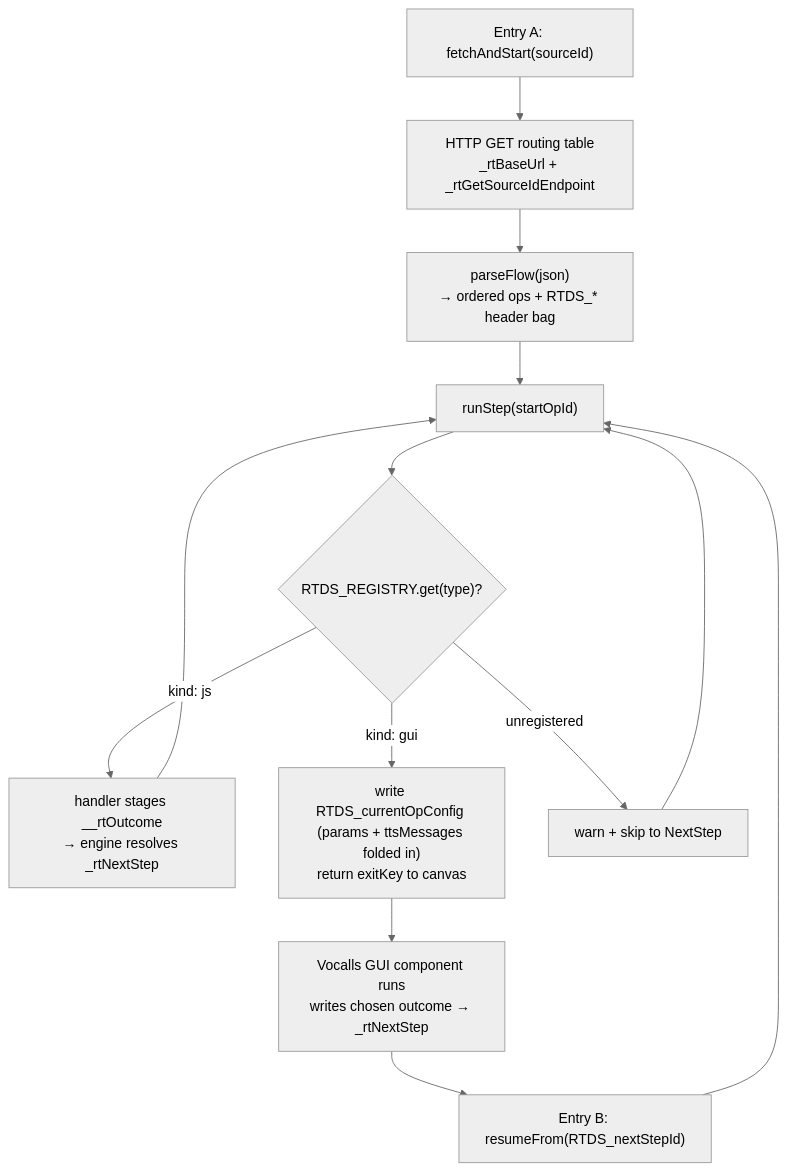
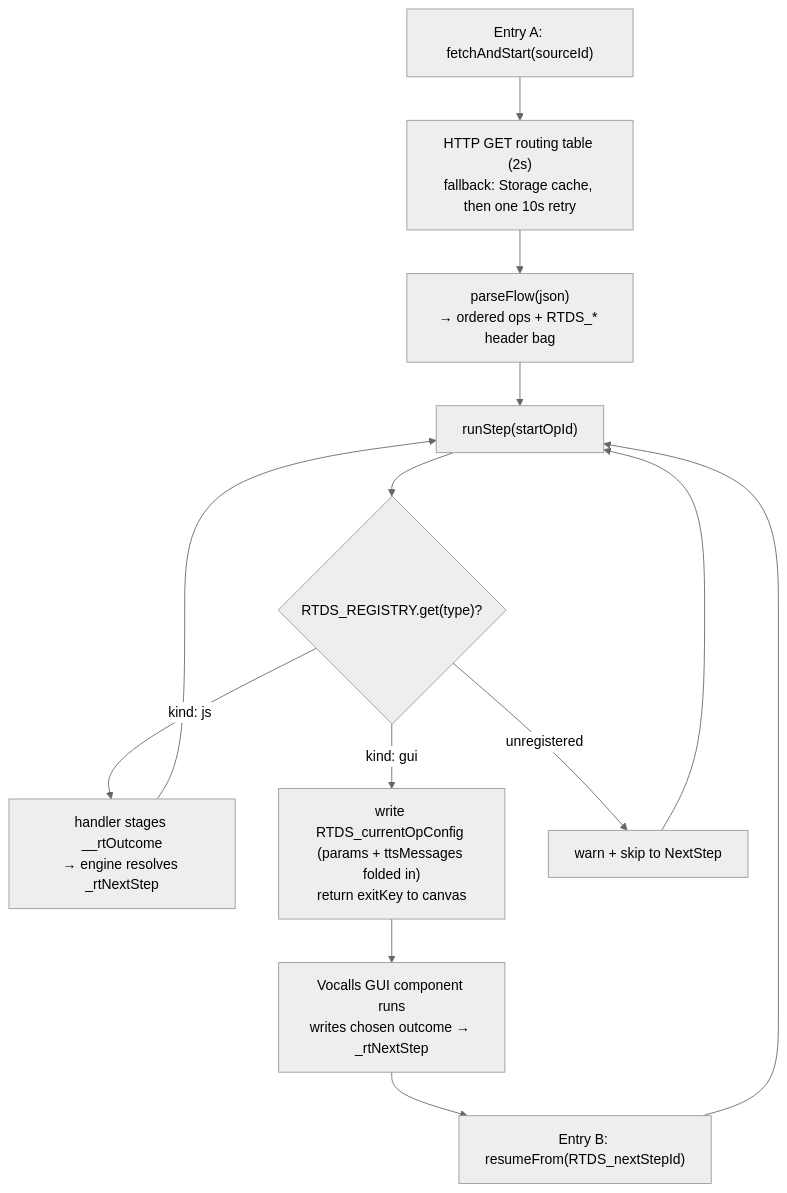
The diagram in rtds/docs/runtime-architecture.md (MertensMattias/vocalls-rtds), drawn with Mermaid (neutral theme) before and after one commit. The commit also changed other lines of this file and 10 other files, not shown here.

````diff
--- a/rtds/docs/runtime-architecture.md
+++ b/rtds/docs/runtime-architecture.md
@@ -65,15 +65,15 @@
 ```mermaid
 flowchart TD
-    A["Entry A: fetchAndStart(sourceId)"] --> F["HTTP GET routing table\n_rtBaseUrl + _rtGetSourceIdEndpoint"]
+    A["Entry A: fetchAndStart(sourceId)"] --> F["HTTP GET routing table (2s)\nfallback: Storage cache, then one 10s retry"]
     F --> P["parseFlow(json)\n→ ordered ops + RTDS_* header bag"]
     P --> RS["runStep(startOpId)"]
     RS --> L{"RTDS_REGISTRY.get(type)?"}
     L -->|"kind: js"| H["handler stages __rtOutcome\n→ engine resolves _rtNextStep"]
     H --> RS
     L -->|"kind: gui"| G["write RTDS_currentOpConfig (params + ttsMessages folded in)\nreturn exitKey to canvas"]
     L -->|"unregistered"| W["warn + skip to NextStep"]
     W --> RS
     G --> C["Vocalls GUI component runs\nwrites chosen outcome → _rtNextStep"]
     C --> B["Entry B: resumeFrom(RTDS_nextStepId)"]
     B --> RS
 ```
````
